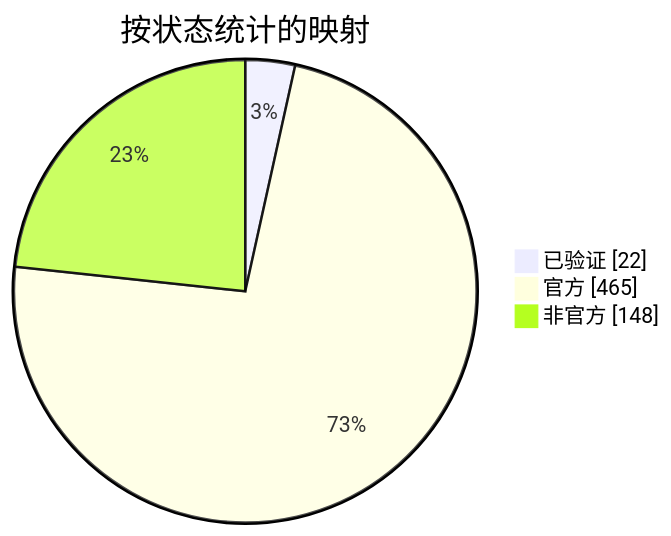
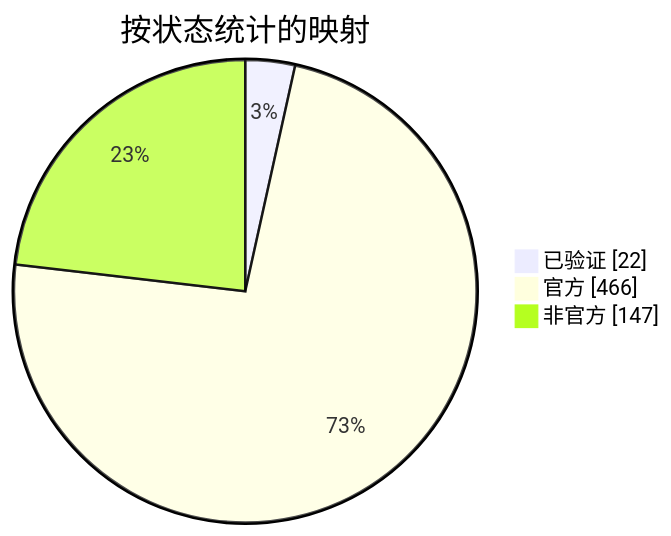
One commit to nobrega8/mbmap-library changed the diagram in docs/readme/README_ZHS.md. Above: the diagram before and after it, drawn with Mermaid. The commit also changed 6 other files, not shown here.

````diff
--- a/docs/readme/README_ZHS.md
+++ b/docs/readme/README_ZHS.md
@@ -54,7 +54,7 @@
 ```mermaid
 pie showData
     title 按状态统计的映射
     "已验证" : 22
-    "官方" : 465
-    "非官方" : 148
+    "官方" : 466
+    "非官方" : 147
 ```
````
